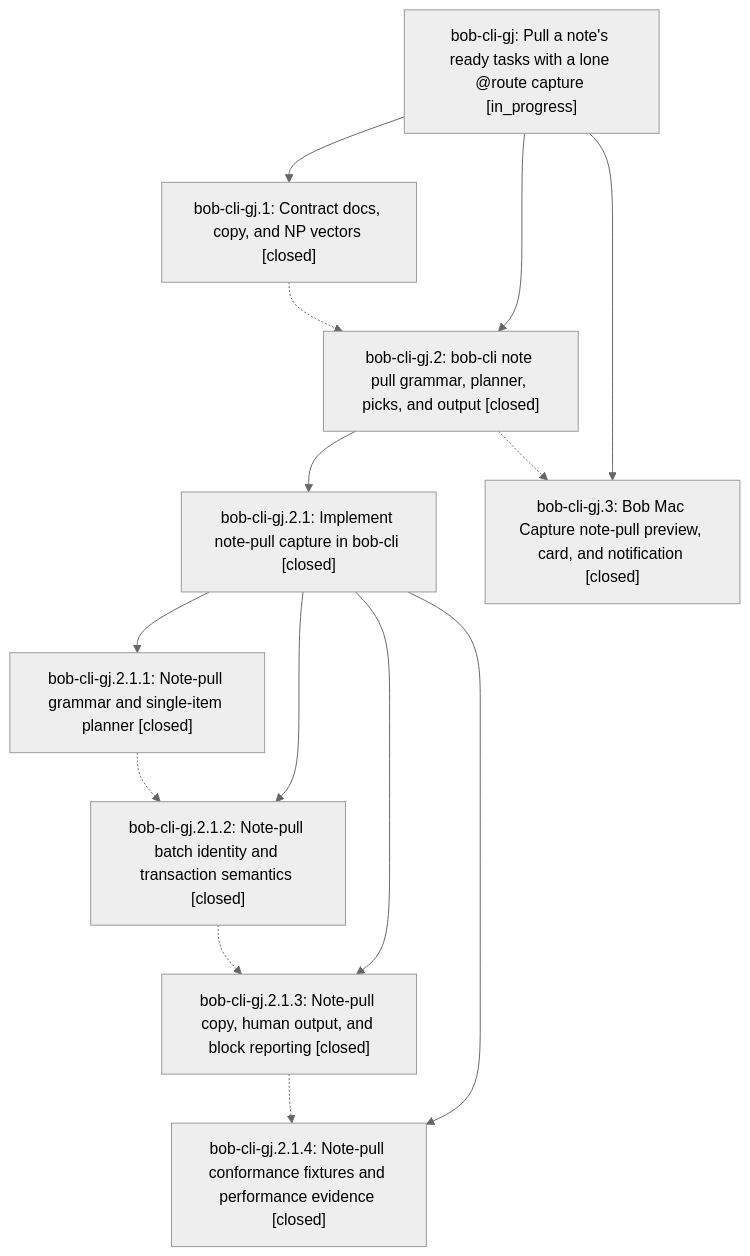
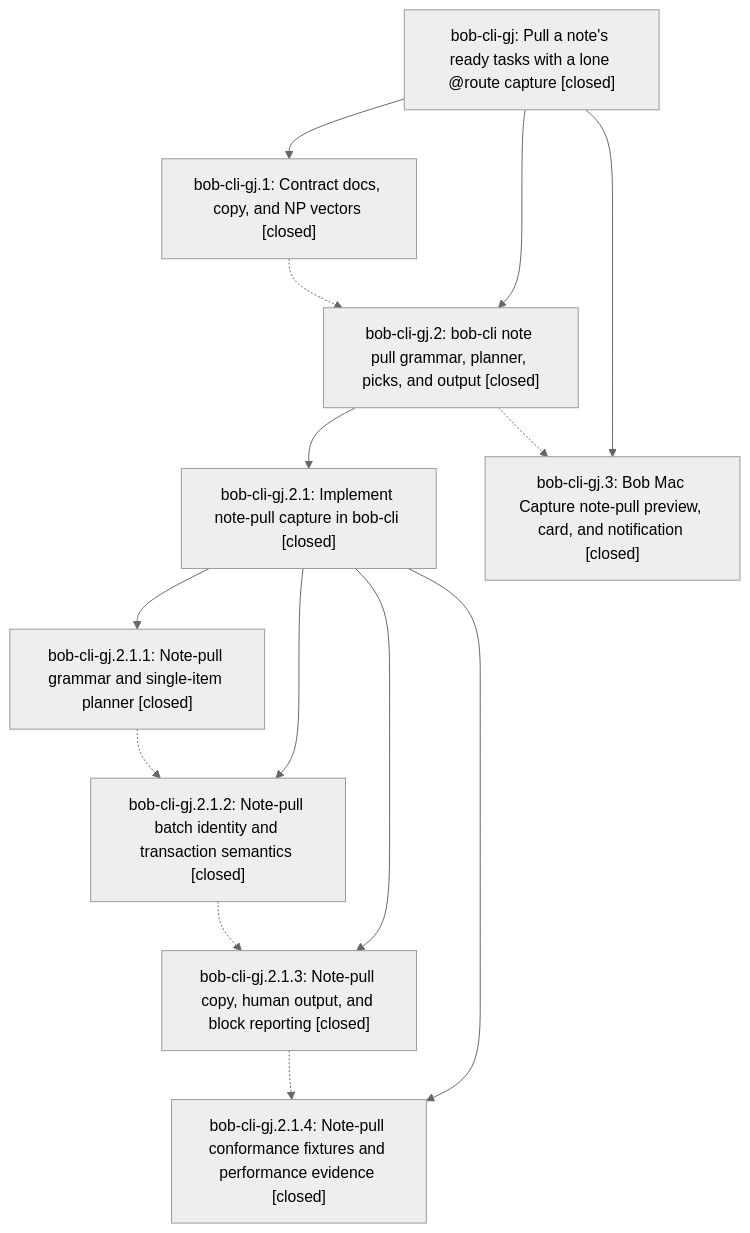
One commit to bobs-org/bob-cli--beads changed the diagram in pages/bob-cli-gj/README.md. Above: the diagram before and after it, drawn with Mermaid (neutral theme). The commit also changed other lines of this file and 2 other files, not shown here.

First line of the commit message:
chore(beads): sync bead state and pages for bob-cli-gj

````diff
--- a/pages/bob-cli-gj/README.md
+++ b/pages/bob-cli-gj/README.md
@@ -44,25 +51,25 @@
 ```mermaid
 flowchart TD
-    n0["bob-cli-gj: Pull a note's ready tasks with a lone @route capture [in_progress]"]
+    n0["bob-cli-gj: Pull a note's ready tasks with a lone @route capture [closed]"]
     n1["bob-cli-gj.1: Contract docs, copy, and NP vectors [closed]"]
     n2["bob-cli-gj.2: bob-cli note pull grammar, planner, picks, and output [closed]"]
     n3["bob-cli-gj.2.1: Implement note-pull capture in bob-cli [closed]"]
     n4["bob-cli-gj.2.1.1: Note-pull grammar and single-item planner [closed]"]
     n5["bob-cli-gj.2.1.2: Note-pull batch identity and transaction semantics [closed]"]
     n6["bob-cli-gj.2.1.3: Note-pull copy, human output, and block reporting [closed]"]
     n7["bob-cli-gj.2.1.4: Note-pull conformance fixtures and performance evidence [closed]"]
     n8["bob-cli-gj.3: Bob Mac Capture note-pull preview, card, and notification [closed]"]
     n0 --> n1
     n0 --> n2
     n2 --> n3
     n3 --> n4
     n3 --> n5
     n3 --> n6
     n3 --> n7
     n0 --> n8
     n1 -.-> n2
     n2 -.-> n8
     n4 -.-> n5
     n5 -.-> n6
     n6 -.-> n7
 ```
````
